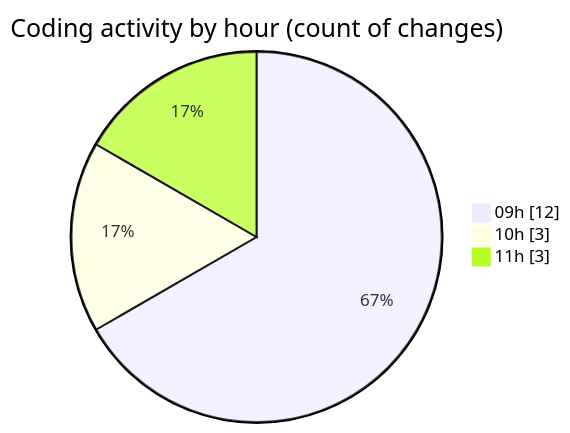
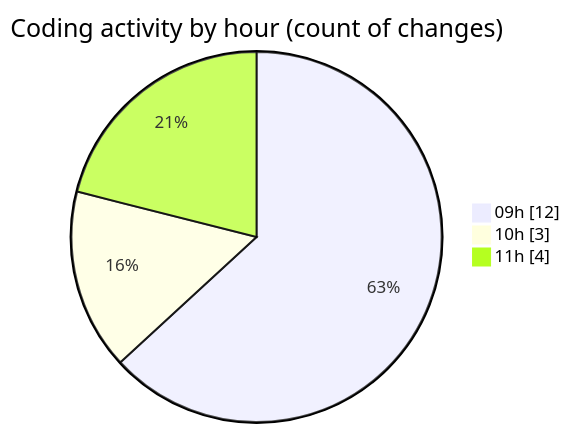
Before and after one commit to MatusMokan/code-tracking: the second of 2 diagrams in 2025-03-08/myws__workspace_/README.md, drawn with Mermaid. The commit also changed other lines of this file and 1 other file, not shown here.

````diff
--- a/2025-03-08/myws__workspace_/README.md
+++ b/2025-03-08/myws__workspace_/README.md
@@ -28,7 +28,7 @@
 ```mermaid
 pie showData
 title Coding activity by hour (count of changes)
 "09h" : 12
 "10h" : 3
-"11h" : 3
+"11h" : 4
 ```
````
